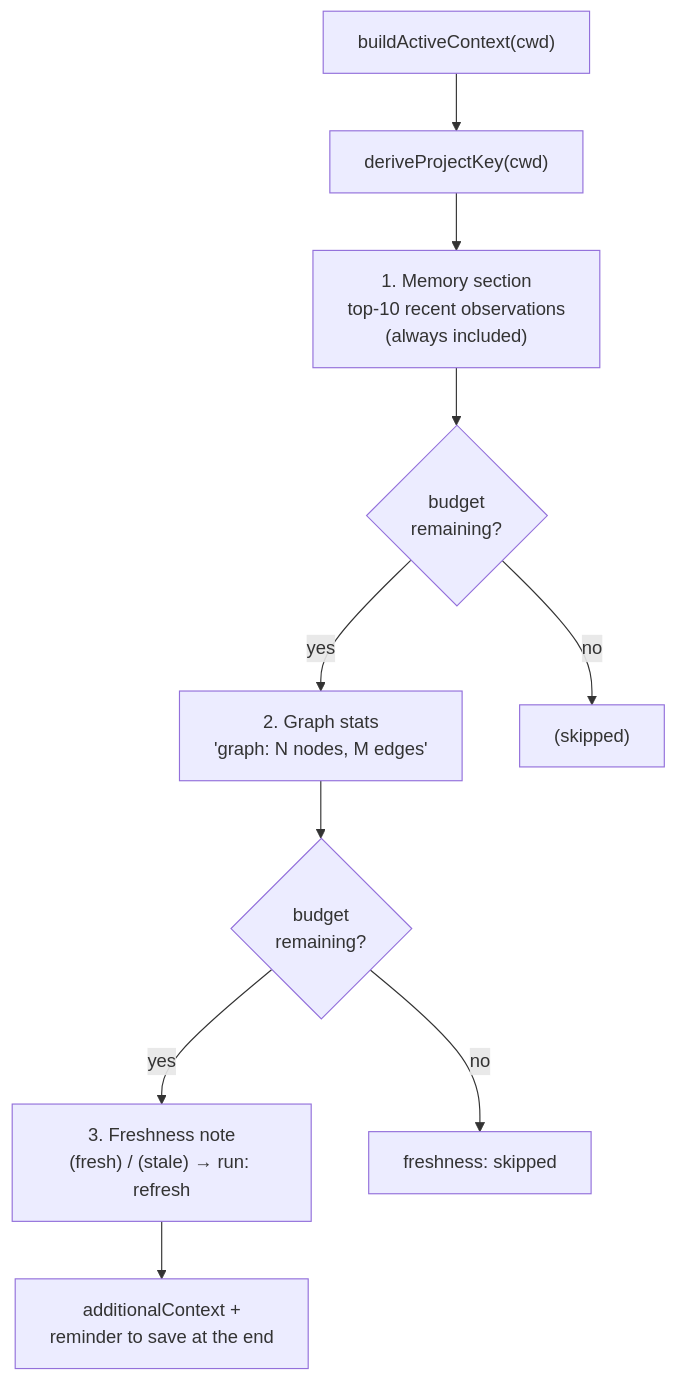
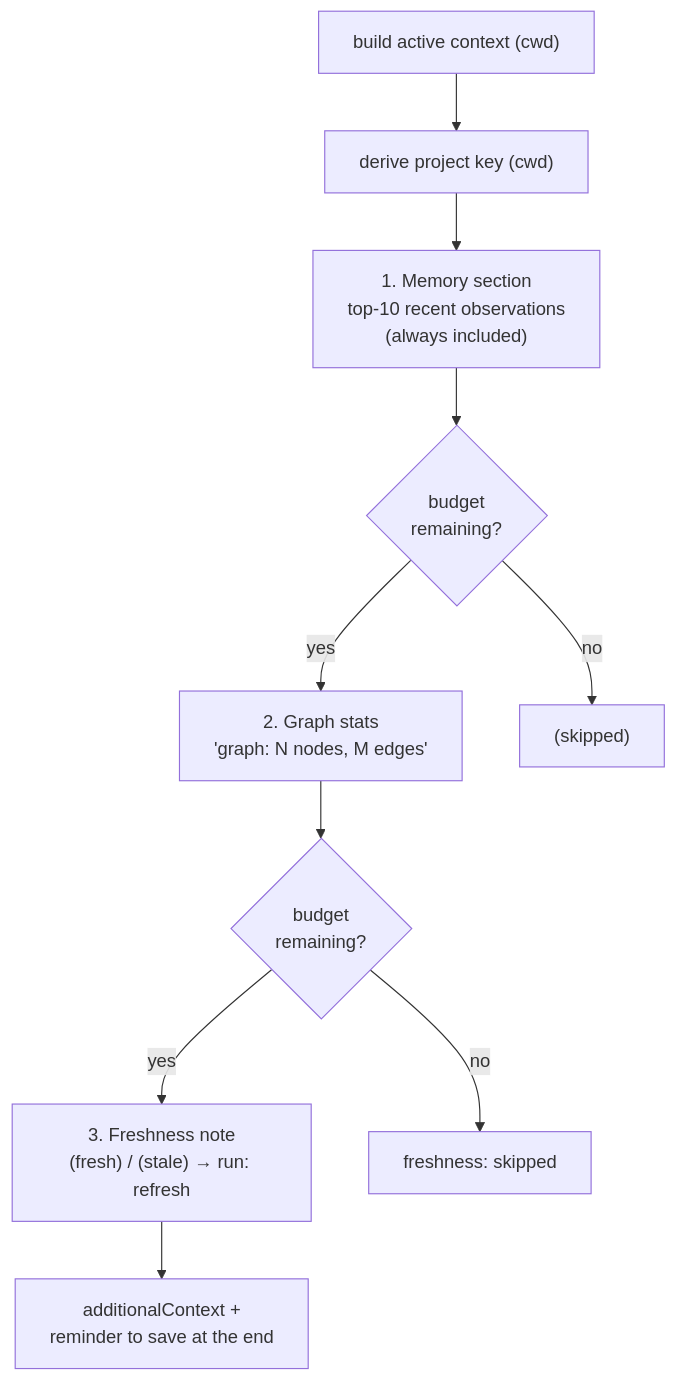
The second of 3 diagrams in docs/i18n/en/concepts/06-hooks-e-inyeccion.md (Kolimar/leina), drawn with Mermaid before and after one commit. The commit also changed other lines of this file and 22 other files, not shown here.

````diff
--- a/docs/i18n/en/concepts/06-hooks-e-inyeccion.md
+++ b/docs/i18n/en/concepts/06-hooks-e-inyeccion.md
@@ -71,12 +67,12 @@
 ```mermaid
 flowchart TD
-    start["buildActiveContext(cwd)"] --> key["deriveProjectKey(cwd)"]
+    start["build active context (cwd)"] --> key["derive project key (cwd)"]
     key --> mem["1. Memory section<br/>top-10 recent observations<br/>(always included)"]
     mem --> budget1{budget<br/>remaining?}
     budget1 -->|yes| gstats["2. Graph stats<br/>'graph: N nodes, M edges'"]
     budget1 -->|no| skip1["(skipped)"]
     gstats --> budget2{budget<br/>remaining?}
     budget2 -->|yes| fresh["3. Freshness note<br/>(fresh) / (stale) → run: refresh"]
     budget2 -->|no| skip2["freshness: skipped"]
     fresh --> out["additionalContext +<br/>reminder to save at the end"]
 ```
````
